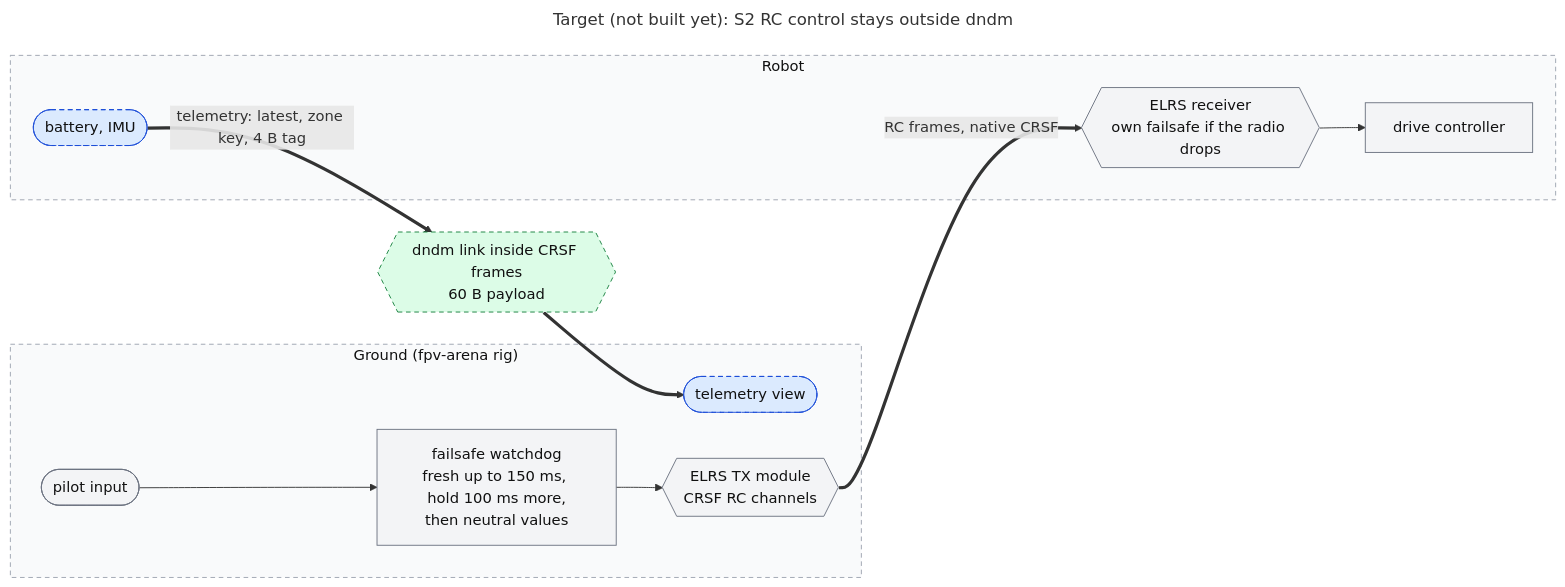
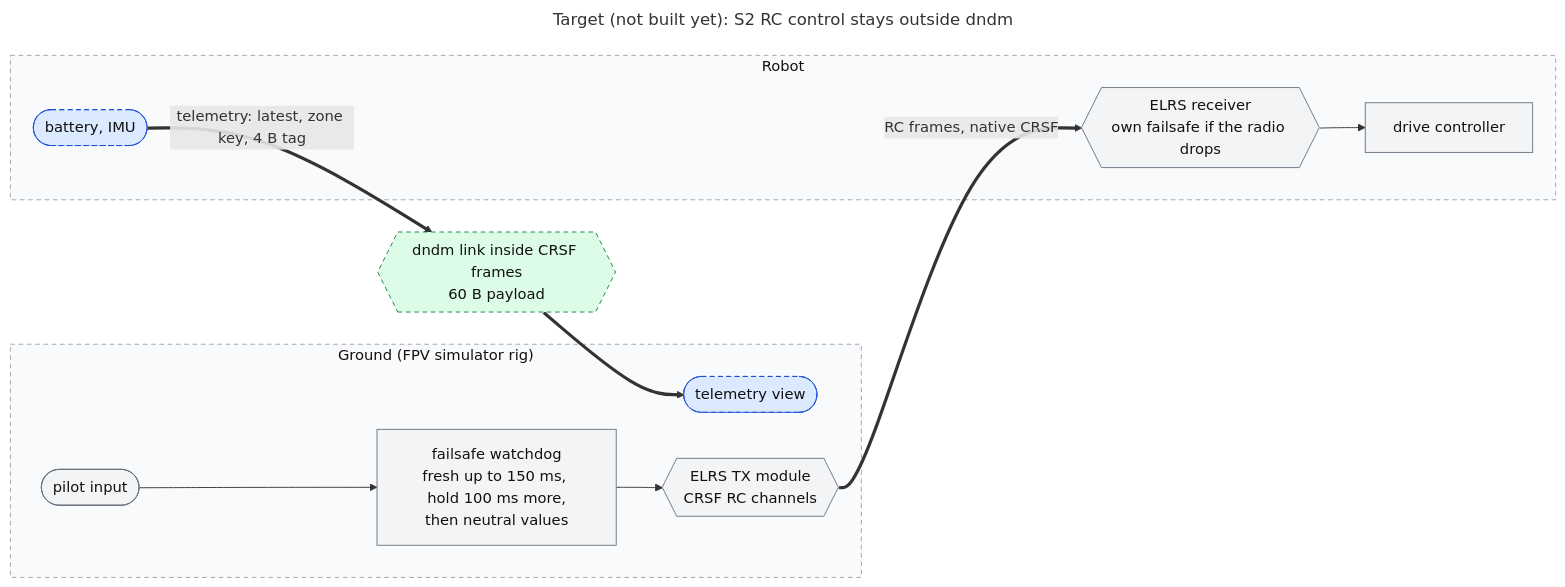
One commit to itohio/dndm changed the second of 8 diagrams in docs/diagrams/robotics.md. Above: the diagram before and after it, drawn with Mermaid. The commit also changed other lines of this file and 20 other files, not shown here.

````diff
--- a/docs/diagrams/robotics.md
+++ b/docs/diagrams/robotics.md
@@ -42,24 +42,24 @@
 ```mermaid
 ---
 title: "Target (not built yet): S2 RC control stays outside dndm"
 ---
 flowchart LR
-    subgraph ground["Ground (fpv-arena rig)"]
+    subgraph ground["Ground (FPV simulator rig)"]
         pilot(["pilot input"]):::outside --> wd["failsafe watchdog<br/>fresh up to 150 ms, hold 100 ms more,<br/>then neutral values"]:::outside
         wd --> tx{{"ELRS TX module<br/>CRSF RC channels"}}:::outside
         tel(["telemetry view"]):::appT
     end
     subgraph robot["Robot"]
         rx{{"ELRS receiver<br/>own failsafe if the radio drops"}}:::outside --> drive["drive controller"]:::outside
         sensors(["battery, IMU"]):::appT
     end
     tx ==>|"RC frames, native CRSF"| rx
     sensors ==>|"telemetry: latest, zone key, 4 B tag"| crsf{{"dndm link inside CRSF frames<br/>60 B payload"}}:::linkT
     crsf ==> tel
 
     classDef appT fill:#dbeafe,stroke:#1d4ed8,color:#111,stroke-dasharray:5 4
     classDef linkT fill:#dcfce7,stroke:#15803d,color:#111,stroke-dasharray:5 4
     classDef outside fill:#f3f4f6,stroke:#6b7280,color:#111
     classDef groupT fill:#f9fafb,stroke:#9ca3af,color:#111,stroke-dasharray:5 4
     class ground,robot groupT
 ```
````
